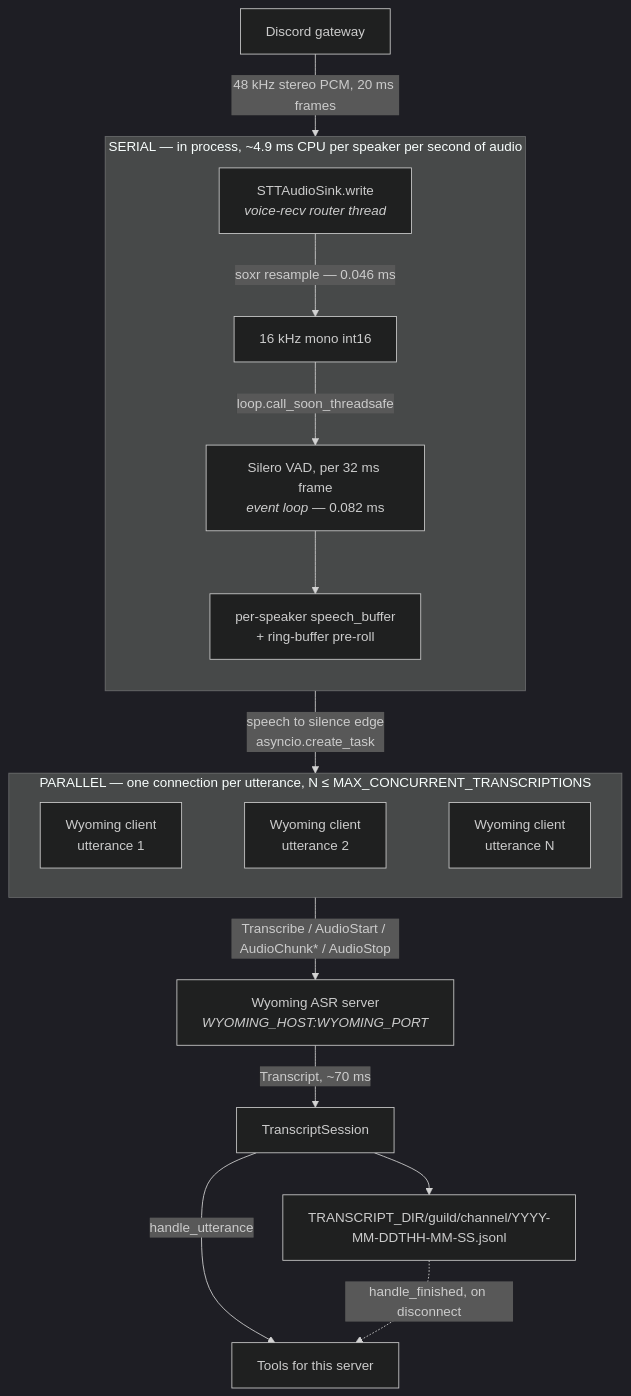
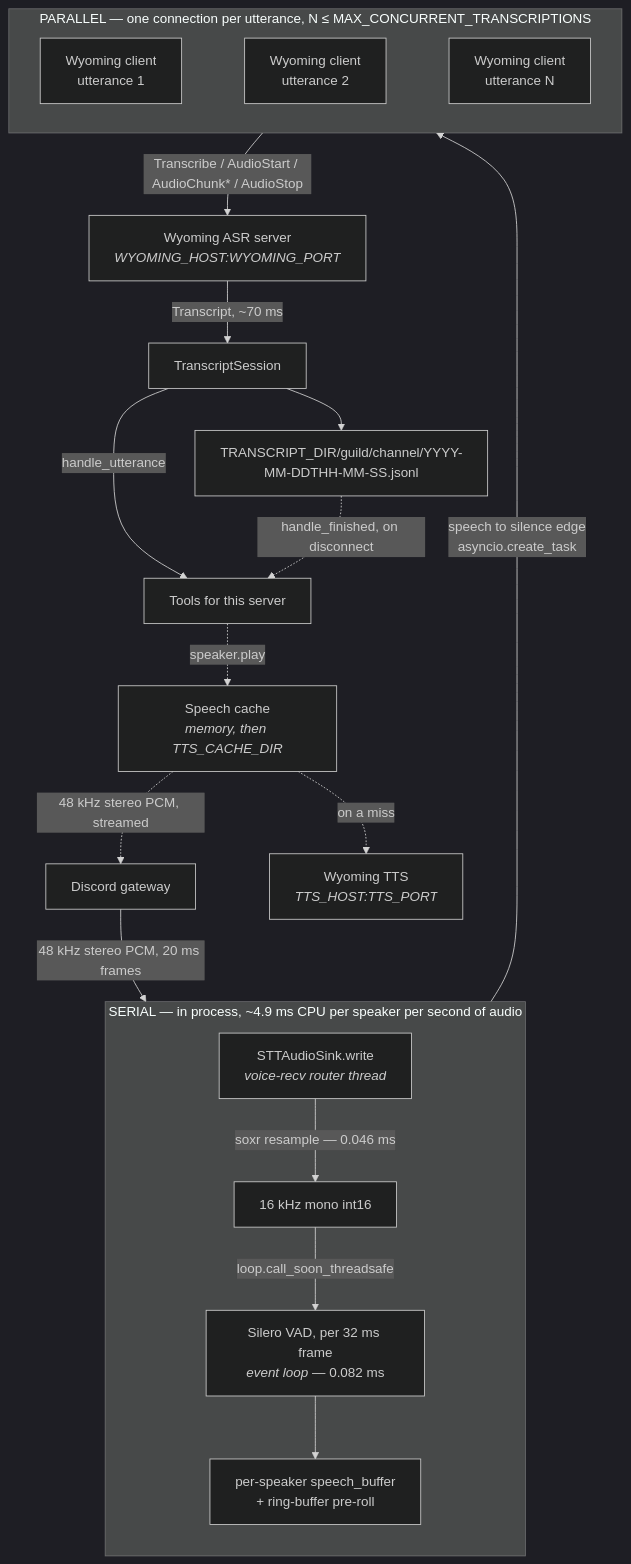
The diagram in README.md (arychj/miss-quote), drawn with Mermaid (dark theme) before and after one commit. The commit also changed other lines of this file and 21 other files, not shown here.

````diff
--- a/README.md
+++ b/README.md
@@ -20,29 +20,33 @@
 ```mermaid
 graph TD
     A["Discord gateway"] -->|"48 kHz stereo PCM, 20 ms frames"| B
 
     subgraph LOCAL["SERIAL &mdash; in process, ~4.9 ms CPU per speaker per second of audio"]
         direction TB
         B["STTAudioSink.write<br/><i>voice-recv router thread</i>"]
         B -->|"soxr resample &mdash; 0.046 ms"| C["16 kHz mono int16"]
         C -->|"loop.call_soon_threadsafe"| D["Silero VAD, per 32 ms frame<br/><i>event loop</i> &mdash; 0.082 ms"]
         D --> E["per-speaker speech_buffer<br/>+ ring-buffer pre-roll"]
     end
 
     E -->|"speech to silence edge<br/>asyncio.create_task"| REMOTE
 
     subgraph REMOTE["PARALLEL &mdash; one connection per utterance, N &le; MAX_CONCURRENT_TRANSCRIPTIONS"]
         direction LR
         F["Wyoming client<br/>utterance 1"]
         G["Wyoming client<br/>utterance 2"]
         H["Wyoming client<br/>utterance N"]
         F ~~~ G ~~~ H
     end
 
     REMOTE -->|"Transcribe / AudioStart / AudioChunk* / AudioStop"| I
 
     I["Wyoming ASR server<br/><i>WYOMING_HOST:WYOMING_PORT</i>"] -->|"Transcript, ~70 ms"| J["TranscriptSession"]
     J --> K["TRANSCRIPT_DIR/guild/channel/YYYY-MM-DDTHH-MM-SS.jsonl"]
     J -->|"handle_utterance"| L["Tools for this server"]
     K -.->|"handle_finished, on disconnect"| L
+
+    L -.->|"speaker.play"| M["Speech cache<br/><i>memory, then TTS_CACHE_DIR</i>"]
+    M -.->|"on a miss"| N["Wyoming TTS<br/><i>TTS_HOST:TTS_PORT</i>"]
+    M -.->|"48 kHz stereo PCM, streamed"| A
 ```
````
